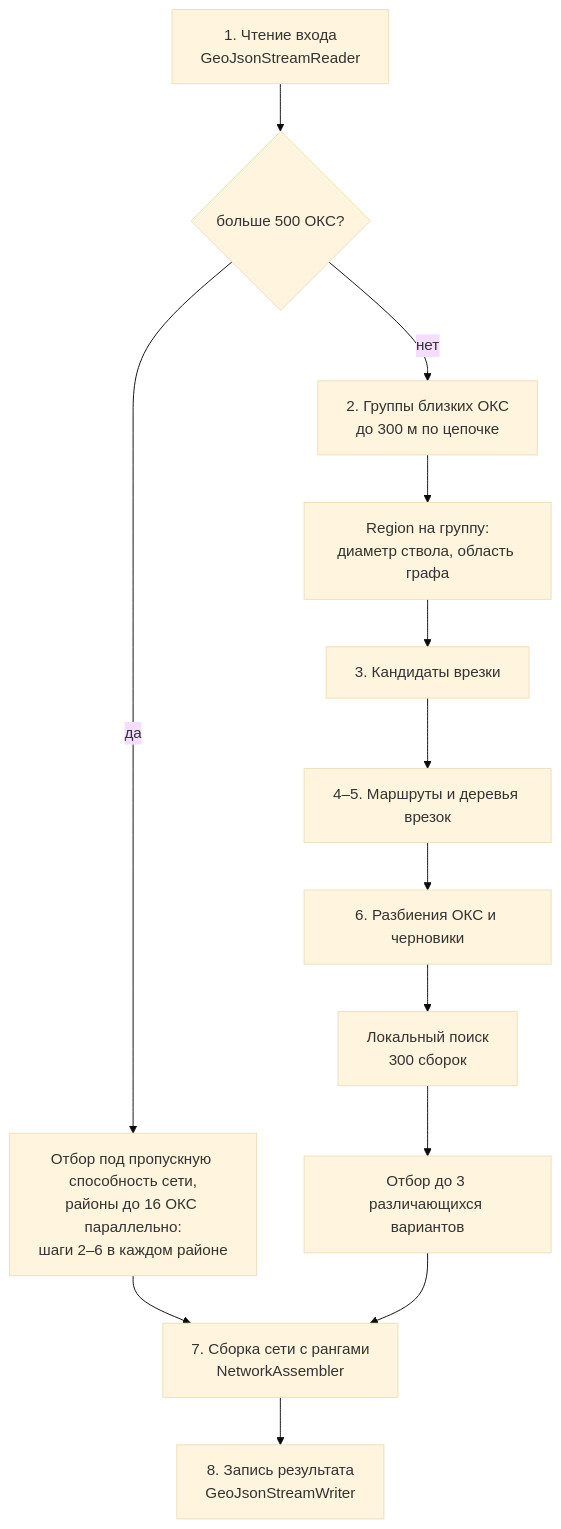
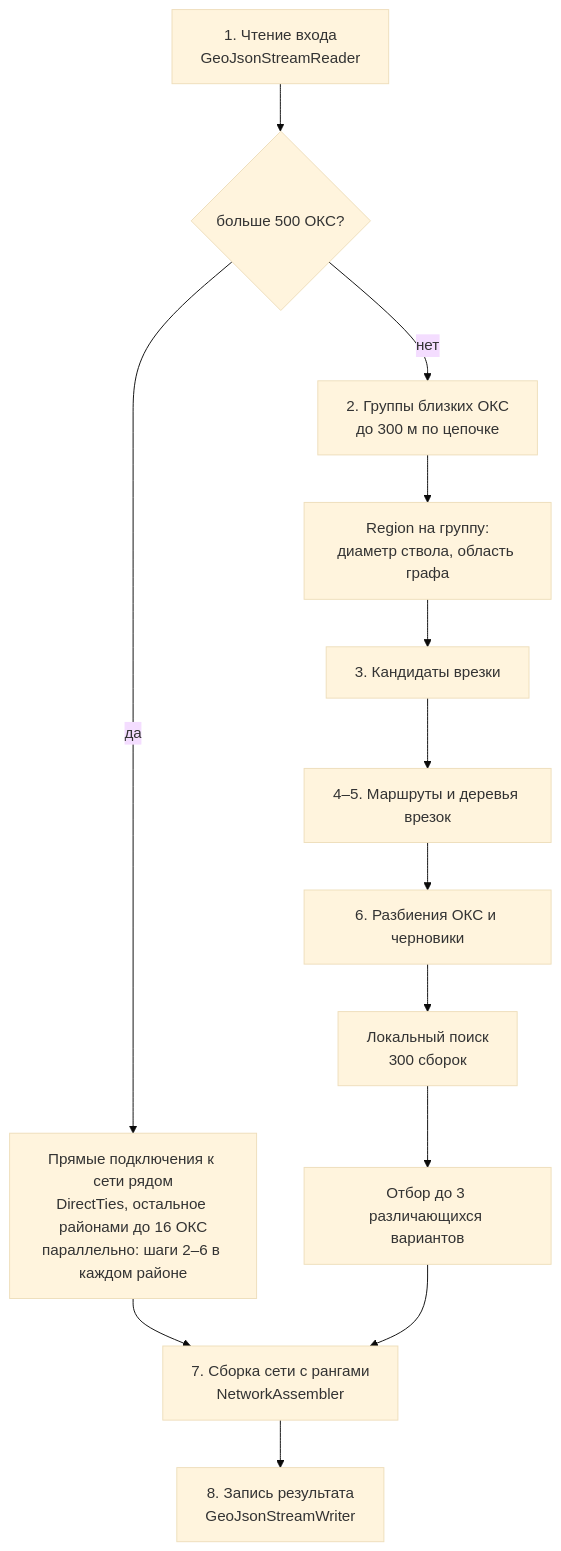
The fourth of 6 diagrams in architecture/ARCHITECTURE.md (NewaccOOO/LCT), drawn with Mermaid (base theme) before and after one commit. The commit also changed other lines of this file and 72 other files, not shown here.

````diff
--- a/architecture/ARCHITECTURE.md
+++ b/architecture/ARCHITECTURE.md
@@ -127,15 +127,15 @@
 ```mermaid
 flowchart TD
     read[1. Чтение входа<br/>GeoJsonStreamReader] --> big{больше 500 ОКС?}
-    big -->|да| city[Отбор под пропускную способность сети,<br/>районы до 16 ОКС параллельно:<br/>шаги 2–6 в каждом районе]
+    big -->|да| city[Прямые подключения к сети рядом<br/>DirectTies, остальное районами до 16 ОКС<br/>параллельно: шаги 2–6 в каждом районе]
     city --> assemble
     big -->|нет| groups[2. Группы близких ОКС<br/>до 300 м по цепочке]
     groups --> region[Region на группу:<br/>диаметр ствола, область графа]
     region --> ties[3. Кандидаты врезки]
     ties --> tree[4–5. Маршруты и деревья врезок]
     tree --> partitions[6. Разбиения ОКС и черновики]
     partitions --> search[Локальный поиск<br/>300 сборок]
     search --> pick[Отбор до 3 различающихся вариантов]
     pick --> assemble[7. Сборка сети с рангами<br/>NetworkAssembler]
     assemble --> write[8. Запись результата<br/>GeoJsonStreamWriter]
 ```
````
